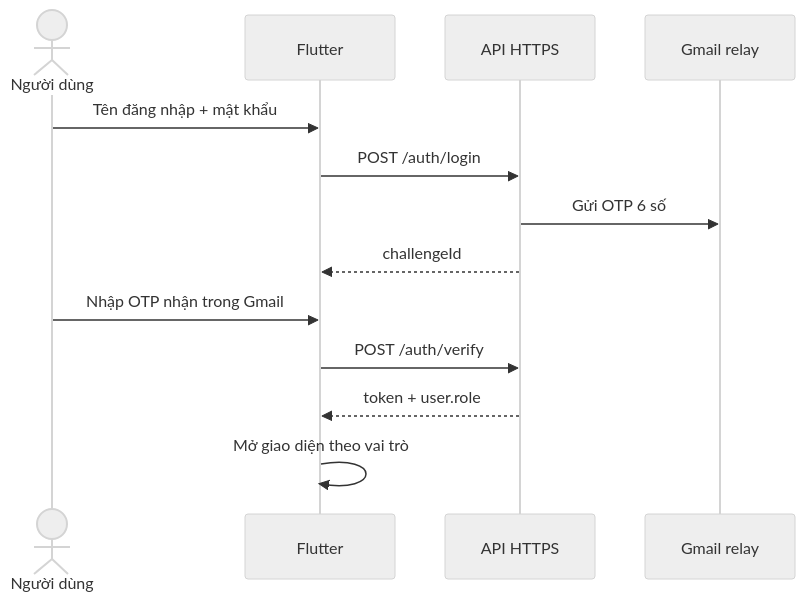
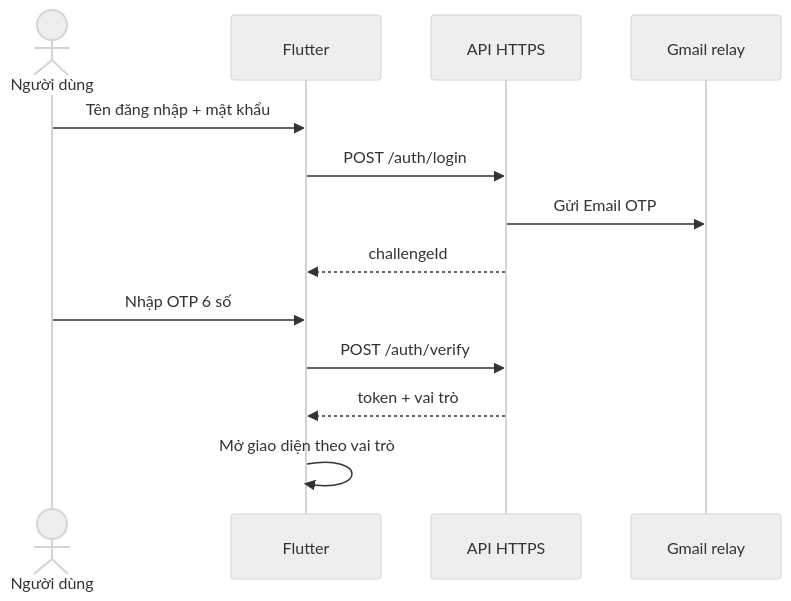
One commit to Vinh-205/Roll-Call changed the second of 3 diagrams in README.md. Above: the diagram before and after it, drawn with Mermaid (neutral theme). The commit also changed other lines of this file and 1 other file, not shown here.

````diff
--- a/README.md
+++ b/README.md
@@ -114,15 +140,15 @@
 ```mermaid
 sequenceDiagram
   actor U as Người dùng
   participant App as Flutter
   participant API as API HTTPS
   participant Mail as Gmail relay
   U->>App: Tên đăng nhập + mật khẩu
   App->>API: POST /auth/login
-  API->>Mail: Gửi OTP 6 số
+  API->>Mail: Gửi Email OTP
   API-->>App: challengeId
-  U->>App: Nhập OTP nhận trong Gmail
+  U->>App: Nhập OTP 6 số
   App->>API: POST /auth/verify
-  API-->>App: token + user.role
+  API-->>App: token + vai trò
   App->>App: Mở giao diện theo vai trò
 ```
````
